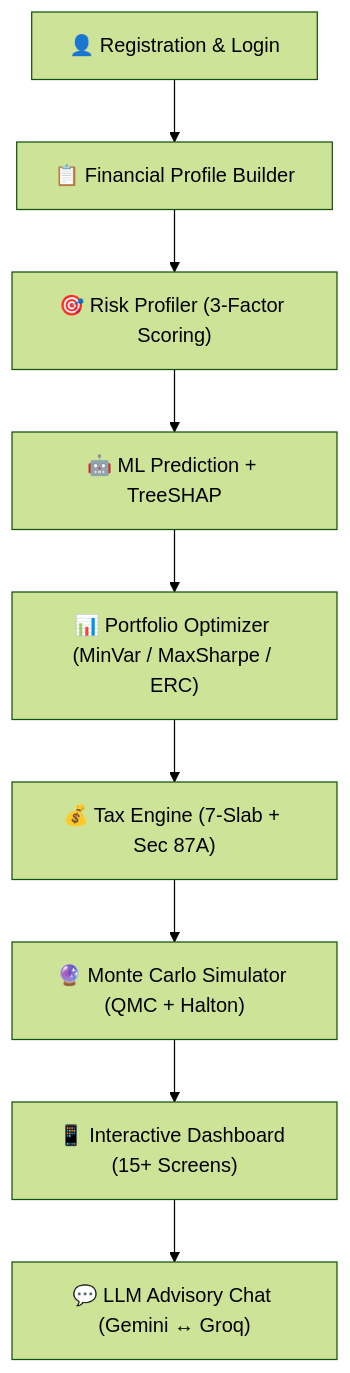
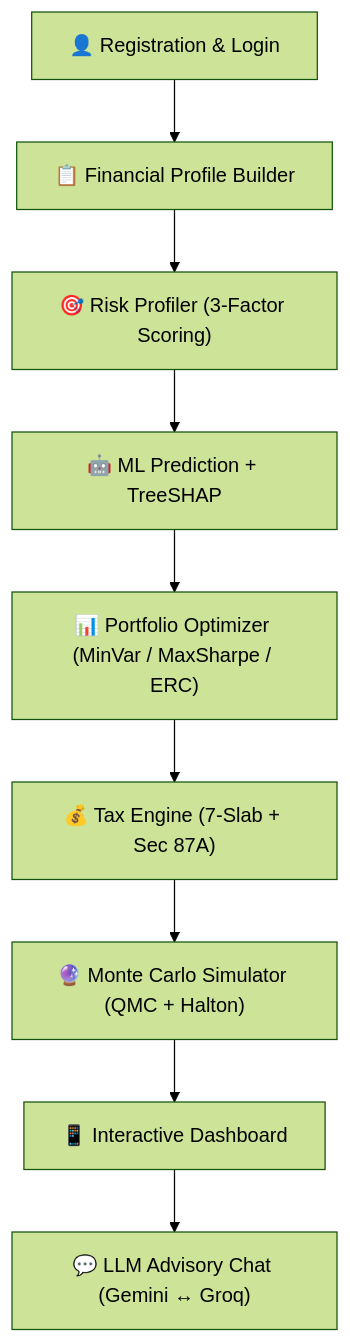
One commit to yashaskn8/deploy-wealthgenie changed the diagram in README.md. Above: the diagram before and after it, drawn with Mermaid (forest theme). The commit also changed other lines of this file and 1 other file, not shown here.

````diff
--- a/README.md
+++ b/README.md
@@ -119,11 +57,11 @@
 ```mermaid
 flowchart TD
     A["👤 Registration & Login"] --> B["📋 Financial Profile Builder"]
     B --> C["🎯 Risk Profiler (3-Factor Scoring)"]
     C --> D["🤖 ML Prediction + TreeSHAP"]
     D --> E["📊 Portfolio Optimizer (MinVar / MaxSharpe / ERC)"]
     E --> F["💰 Tax Engine (7-Slab + Sec 87A)"]
     F --> G["🔮 Monte Carlo Simulator (QMC + Halton)"]
-    G --> H["📱 Interactive Dashboard (15+ Screens)"]
+    G --> H["📱 Interactive Dashboard"]
     H --> I["💬 LLM Advisory Chat (Gemini ↔ Groq)"]
 ```
````
